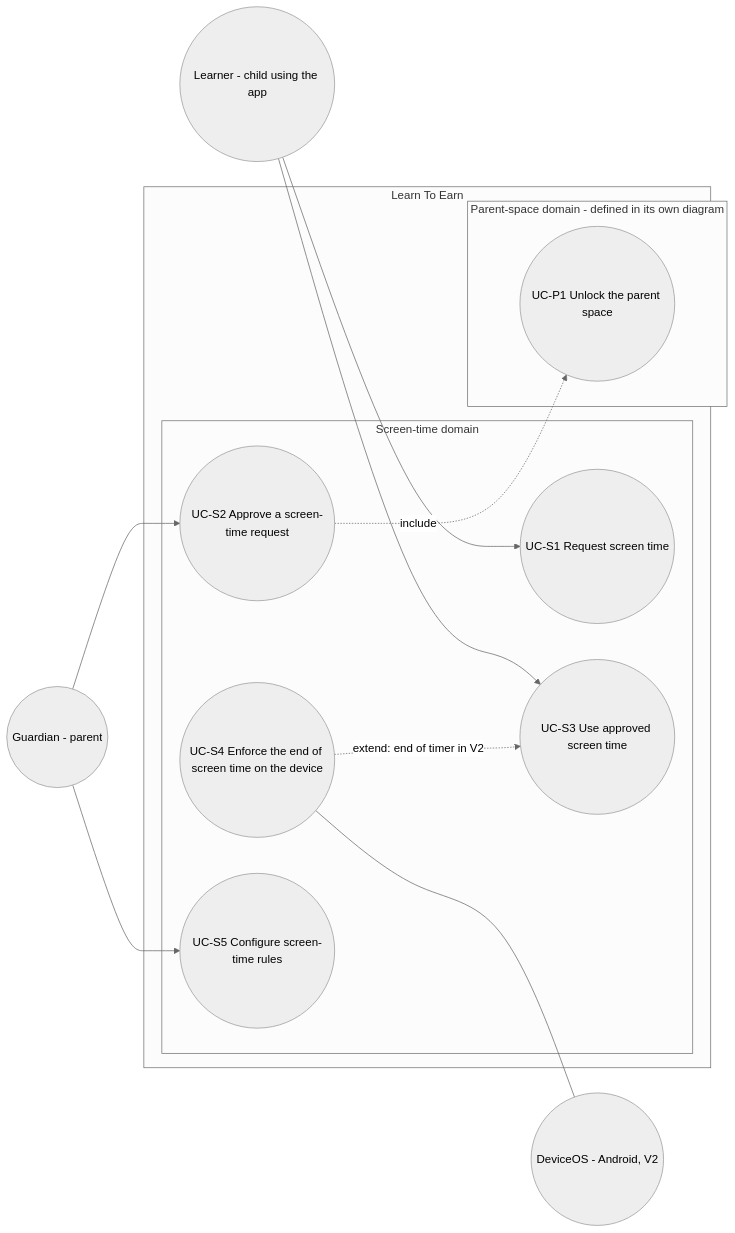
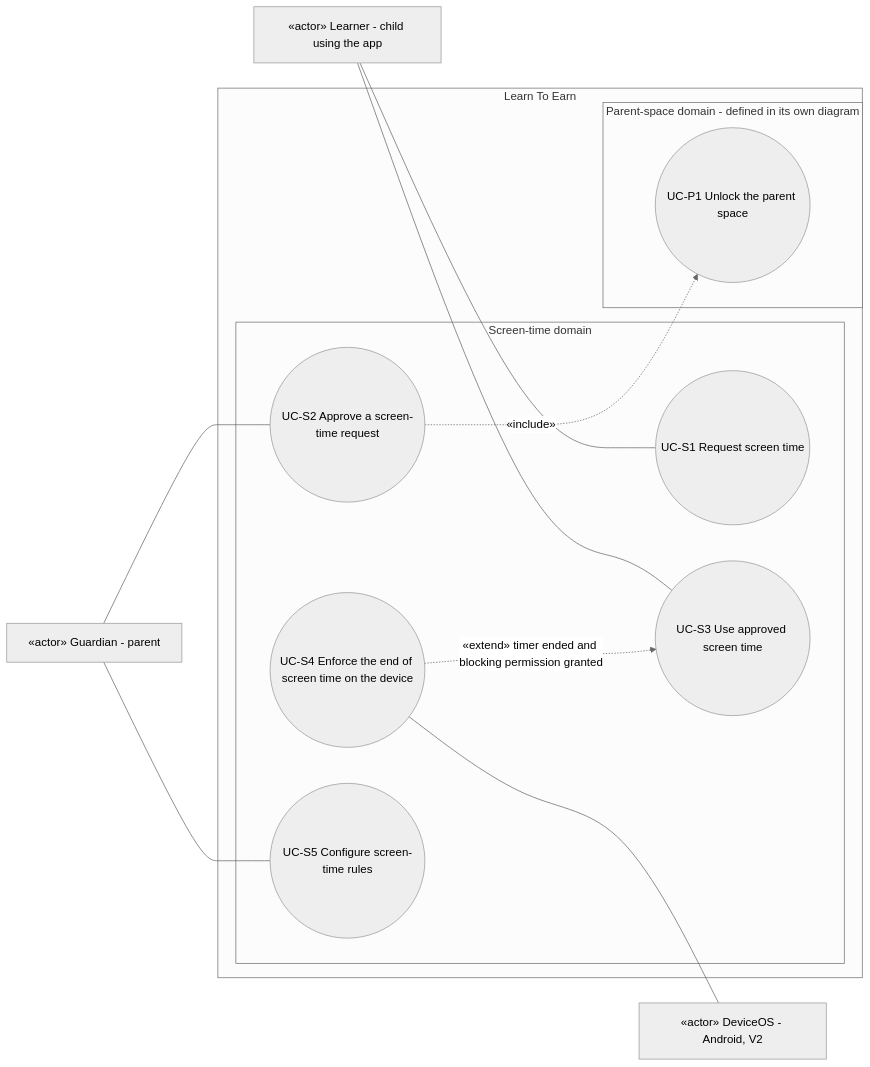
One commit to benoit-bremaud/learn-to-earn changed the diagram in docs/architecture/diagrams/screen-time/01-use-case.md. Above: the diagram before and after it, drawn with Mermaid (neutral theme). The commit also changed other lines of this file and 7 other files, not shown here.

Commit message:
docs(architecture): fix use-case study after review pass 1

````diff
--- a/docs/architecture/diagrams/screen-time/01-use-case.md
+++ b/docs/architecture/diagrams/screen-time/01-use-case.md
@@ -14,25 +14,25 @@
 ```mermaid
 flowchart LR
-  Learner(("Learner - child using the app"))
-  Guardian(("Guardian - parent"))
-  DeviceOS(("DeviceOS - Android, V2"))
+  Learner["«actor» Learner - child using the app"]
+  Guardian["«actor» Guardian - parent"]
+  DeviceOS["«actor» DeviceOS - Android, V2"]
   subgraph SYSTEM ["Learn To Earn"]
     subgraph ST ["Screen-time domain"]
       S1(("UC-S1 Request screen time"))
       S2(("UC-S2 Approve a screen-time request"))
       S3(("UC-S3 Use approved screen time"))
       S4(("UC-S4 Enforce the end of screen time on the device"))
       S5(("UC-S5 Configure screen-time rules"))
     end
     subgraph PS ["Parent-space domain - defined in its own diagram"]
       P1(("UC-P1 Unlock the parent space"))
     end
   end
-  Learner --> S1
-  Learner --> S3
-  Guardian --> S2
-  Guardian --> S5
+  Learner --- S1
+  Learner --- S3
+  Guardian --- S2
+  Guardian --- S5
   S4 --- DeviceOS
-  S2 -.->|"include"| P1
-  S4 -.->|"extend: end of timer in V2"| S3
+  S2 -.->|"«include»"| P1
+  S4 -.->|"«extend» timer ended and blocking permission granted"| S3
 ```
````
